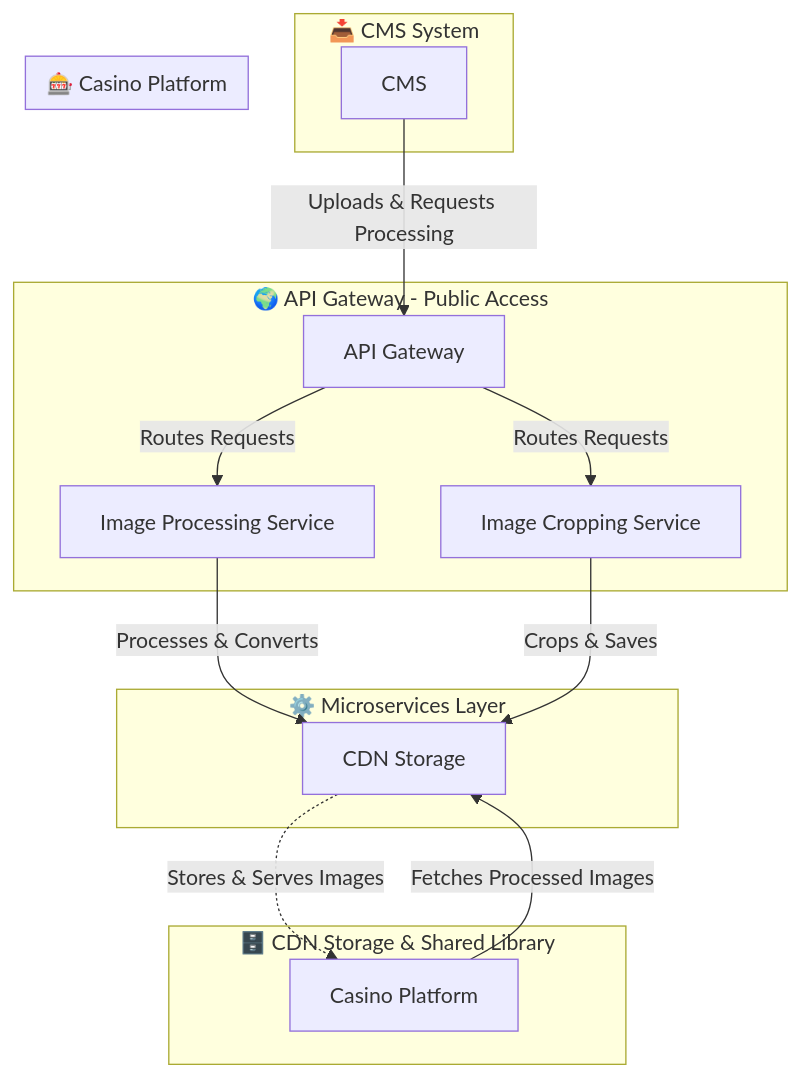
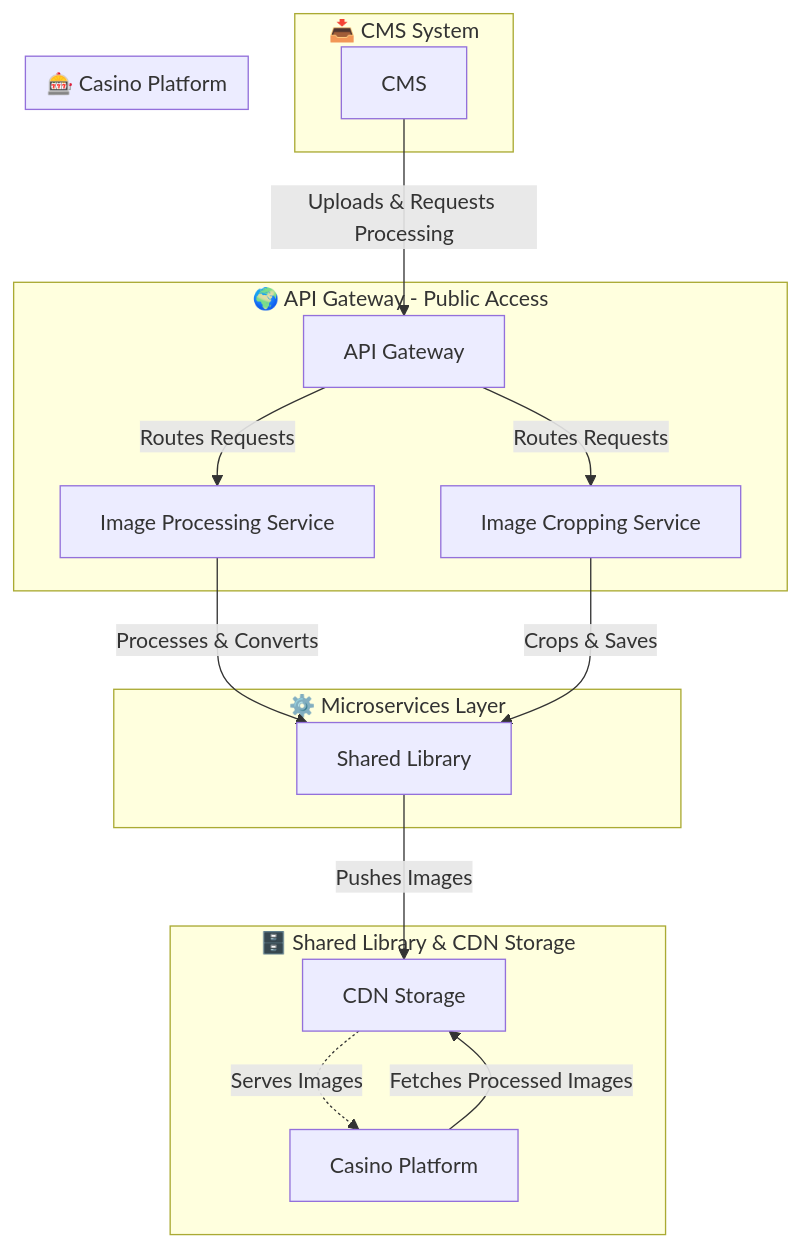
One commit to evilboss/PixForge changed the diagram in ArchitectureDiagram.md. Above: the diagram before and after it, drawn with Mermaid.

Commit message:
changes more

````diff
--- a/ArchitectureDiagram.md
+++ b/ArchitectureDiagram.md
@@ -3,24 +3,25 @@
 ```mermaid
 flowchart TD
     subgraph API Gateway [🌍 API Gateway - Public Access]
         A[API Gateway] -->|Routes Requests| B(Image Processing Service)
         A -->|Routes Requests| C(Image Cropping Service)
     end
 
     subgraph Microservices [⚙️ Microservices Layer]
-        B[Image Processing Service] -->|Processes & Converts| D[CDN Storage]
-        C[Image Cropping Service] -->|Crops & Saves| D[CDN Storage]
+        B[Image Processing Service] -->|Processes & Converts| D[Shared Library]
+        C[Image Cropping Service] -->|Crops & Saves| D[Shared Library]
     end
 
-    subgraph CDN & Storage [🗄️ CDN Storage & Shared Library]
-        D[CDN Storage] -.->|Stores & Serves Images| H[Casino Platform]
+    subgraph Shared Library & CDN [🗄️ Shared Library & CDN Storage]
+        D[Shared Library] -->|Pushes Images| E[CDN Storage]
+        E[CDN Storage] -.->|Serves Images| H[Casino Platform]
     end
 
     subgraph CMS System [📥 CMS System]
         F[CMS] -->|Uploads & Requests Processing| A
     end
 
     subgraph Casino Platform [🎰 Casino Platform]
-        H[Casino Platform] -->|Fetches Processed Images| D
+        H[Casino Platform] -->|Fetches Processed Images| E
     end
 ```
````
